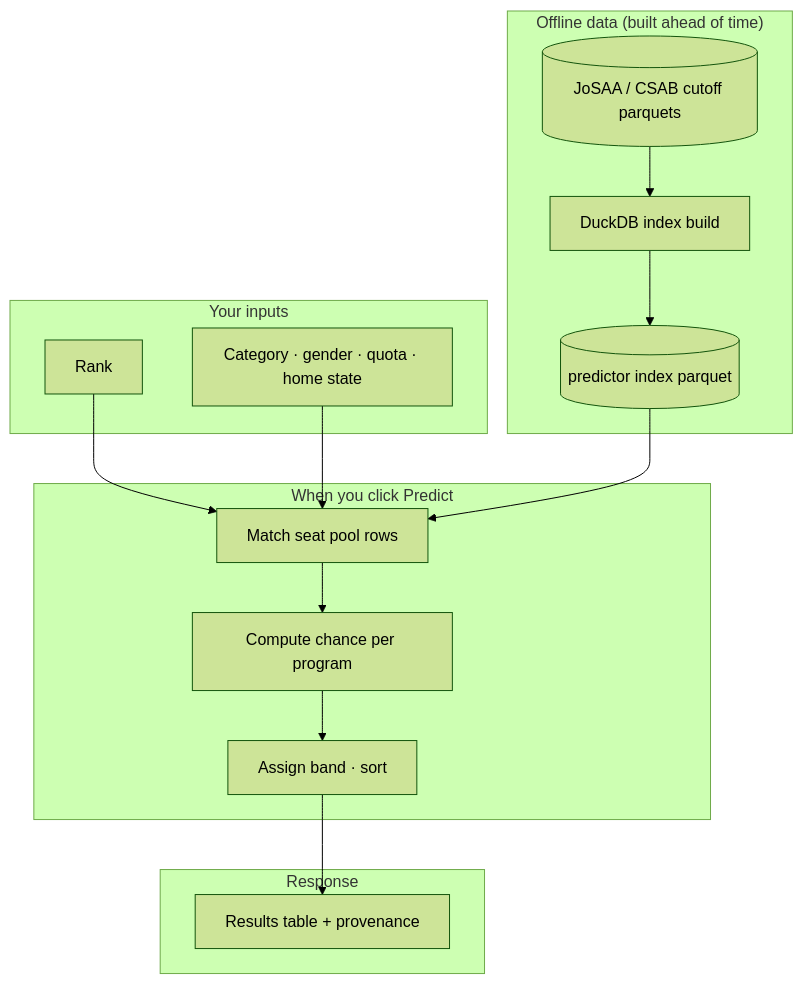
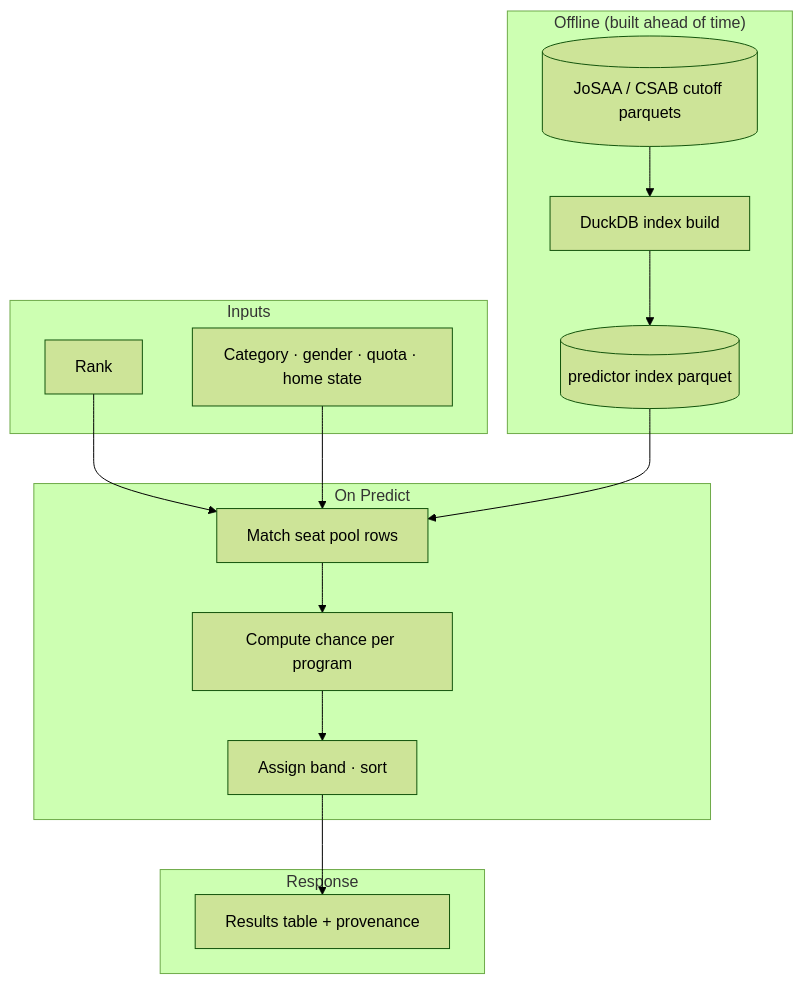
Before and after one commit to su6u/ejam: the diagram in docs/college-predictor/how-it-works/overview.md, drawn with Mermaid (forest theme). The commit also changed other lines of this file and 3 other files, not shown here.

````diff
--- a/docs/college-predictor/how-it-works/overview.md
+++ b/docs/college-predictor/how-it-works/overview.md
@@ -7,29 +7,29 @@
 ```mermaid
 flowchart TB
-    subgraph inputs["Your inputs"]
+    subgraph inputs["Inputs"]
         R[Rank]
         P[Category · gender · quota · home state]
     end
 
-    subgraph data["Offline data (built ahead of time)"]
+    subgraph data["Offline (built ahead of time)"]
         C[(JoSAA / CSAB cutoff parquets)]
         B[DuckDB index build]
         I[(predictor index parquet)]
         C --> B --> I
     end
 
-    subgraph runtime["When you click Predict"]
+    subgraph runtime["On Predict"]
         M[Match seat pool rows]
         PR[Compute chance per program]
         BD[Assign band · sort]
     end
 
     subgraph out["Response"]
         T[Results table + provenance]
     end
 
     R --> M
     P --> M
     I --> M
     M --> PR --> BD --> T
 ```
````
